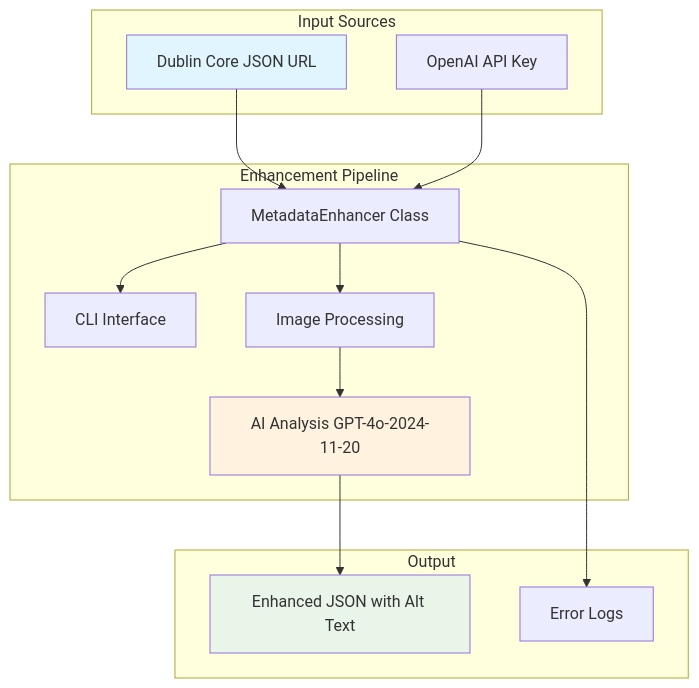
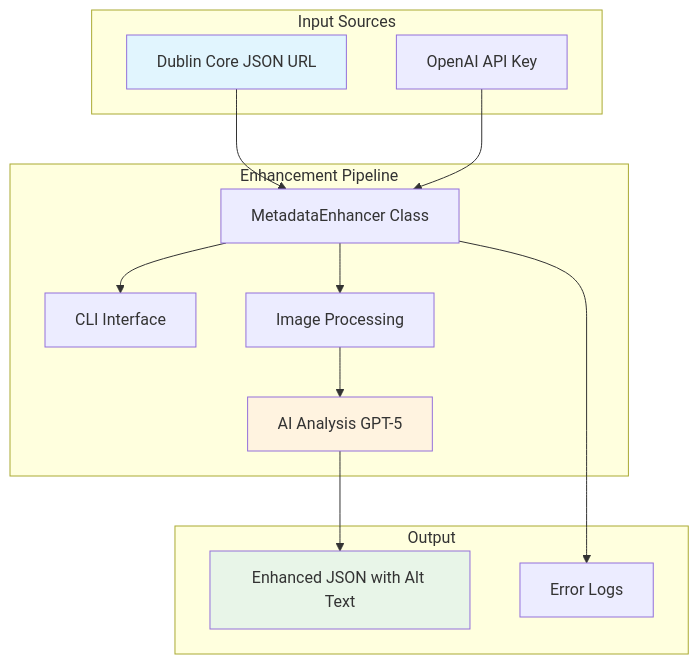
The first of 7 diagrams in documentation/metadata-enhancement.md (maehr/dublin-core-metadata-enhancer), drawn with Mermaid before and after one commit. The commit also changed other lines of this file and 6 other files, not shown here.

````diff
--- a/documentation/metadata-enhancement.md
+++ b/documentation/metadata-enhancement.md
@@ -7,31 +7,31 @@
 ```{mermaid}
 graph TB
     subgraph "Input Sources"
         A[Dublin Core JSON URL]
         B[OpenAI API Key]
     end
 
     subgraph "Enhancement Pipeline"
         C[MetadataEnhancer Class]
         D[CLI Interface]
         E[Image Processing]
-        F[AI Analysis GPT-4o-2024-11-20]
+        F[AI Analysis GPT-5]
     end
 
     subgraph "Output"
         G[Enhanced JSON with Alt Text]
         H[Error Logs]
     end
 
     A --> C
     B --> C
     C --> D
     C --> E
     E --> F
     F --> G
     C --> H
 
     style A fill:#e1f5fe
     style G fill:#e8f5e8
     style F fill:#fff3e0
 ```
````
